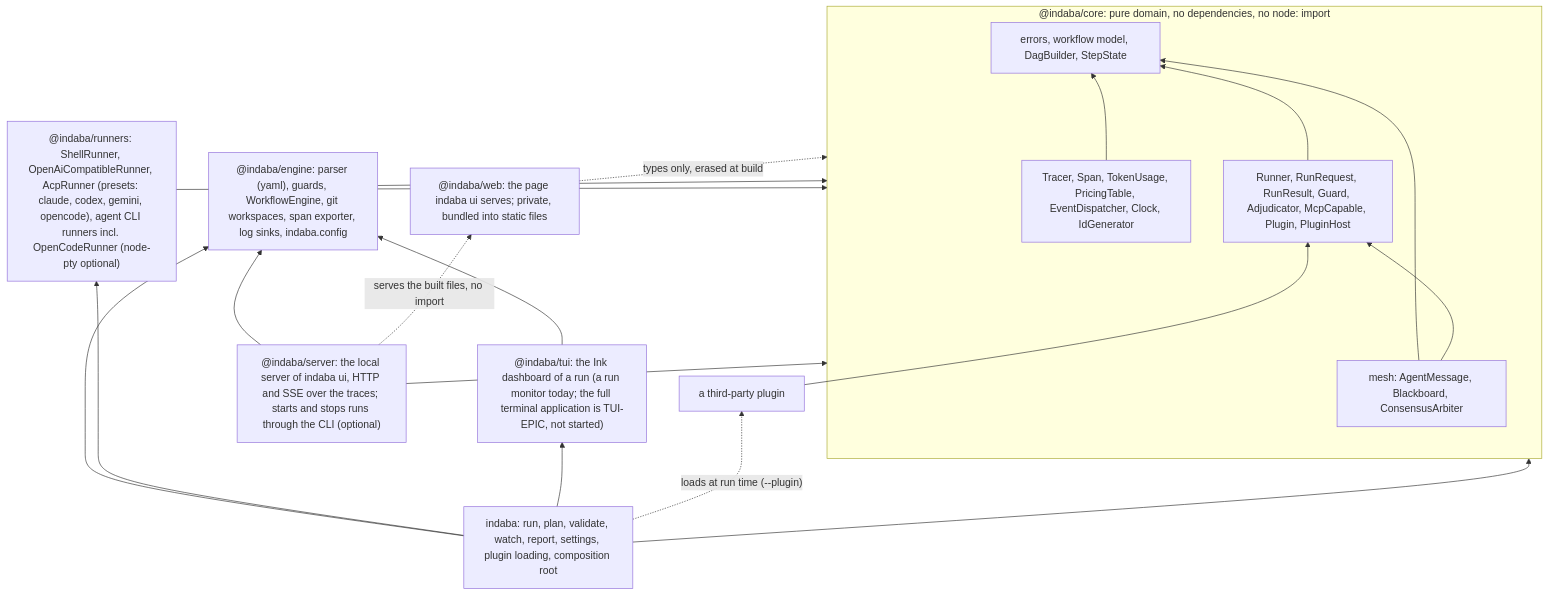
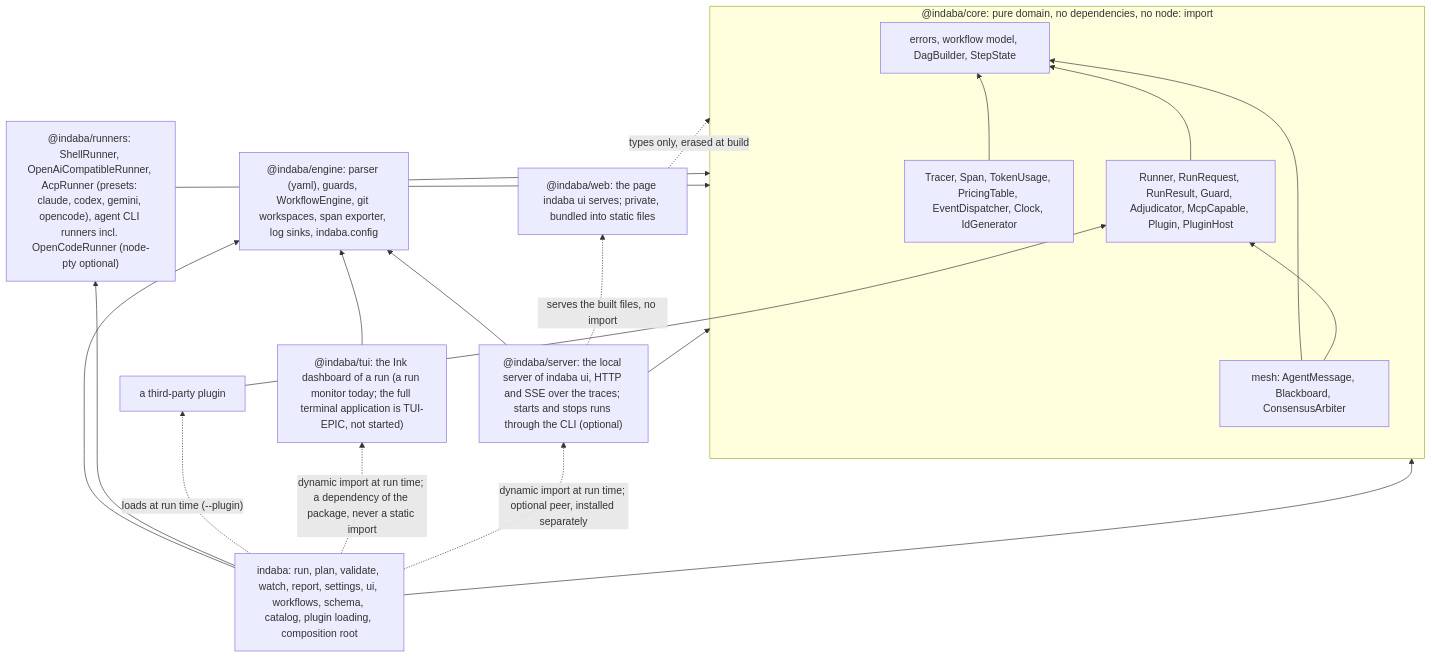
The first of 5 diagrams in specs/DEPENDENCY_MAP.md (yaotzin1/indaba), drawn with Mermaid before and after one commit. The commit also changed other lines of this file, not shown here.

First line of the commit message:
docs(specs): bring the dependency map up to date with main (#169)

````diff
--- a/specs/DEPENDENCY_MAP.md
+++ b/specs/DEPENDENCY_MAP.md
@@ -7,35 +7,36 @@
 ```mermaid
 graph BT
     subgraph Domain["@indaba/core: pure domain, no dependencies, no node: import"]
         Core["errors, workflow model, DagBuilder, StepState"]
         Mesh["mesh: AgentMessage, Blackboard, ConsensusArbiter"]
         Contracts["Runner, RunRequest, RunResult, Guard, Adjudicator, McpCapable, Plugin, PluginHost"]
         Obs["Tracer, Span, TokenUsage, PricingTable, EventDispatcher, Clock, IdGenerator"]
     end
 
     Engine["@indaba/engine: parser (yaml), guards, WorkflowEngine, git workspaces, span exporter, log sinks, indaba.config"]
     Runners["@indaba/runners: ShellRunner, OpenAiCompatibleRunner, AcpRunner (presets: claude, codex, gemini, opencode), agent CLI runners incl. OpenCodeRunner (node-pty optional)"]
-    Cli["indaba: run, plan, validate, watch, report, settings, plugin loading, composition root"]
+    Cli["indaba: run, plan, validate, watch, report, settings, ui, workflows, schema, catalog, plugin loading, composition root"]
     Tui["@indaba/tui: the Ink dashboard of a run (a run monitor today; the full terminal application is TUI-EPIC, not started)"]
     Server["@indaba/server: the local server of indaba ui, HTTP and SSE over the traces; starts and stops runs through the CLI (optional)"]
     Web["@indaba/web: the page indaba ui serves; private, bundled into static files"]
     Plugin["a third-party plugin"]
 
     Mesh --> Core
     Mesh --> Contracts
     Contracts --> Core
     Obs --> Core
     Engine --> Domain
     Runners --> Domain
     Cli --> Engine
     Cli --> Runners
     Cli --> Domain
-    Cli --> Tui
     Tui --> Engine
     Server --> Engine
     Server --> Domain
     Web -. "types only, erased at build" .-> Domain
     Server -. "serves the built files, no import" .-> Web
     Plugin --> Contracts
     Cli -. "loads at run time (--plugin)" .-> Plugin
+    Cli -. "dynamic import at run time; a dependency of the package, never a static import" .-> Tui
+    Cli -. "dynamic import at run time; optional peer, installed separately" .-> Server
 ```
````
